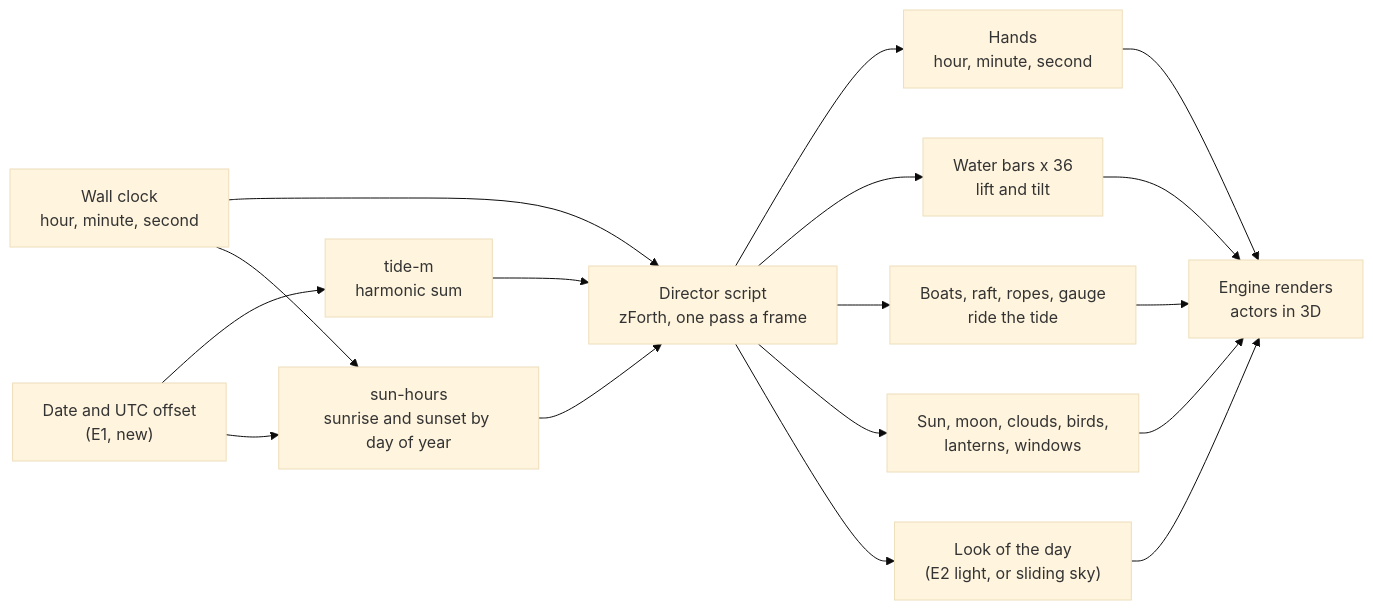
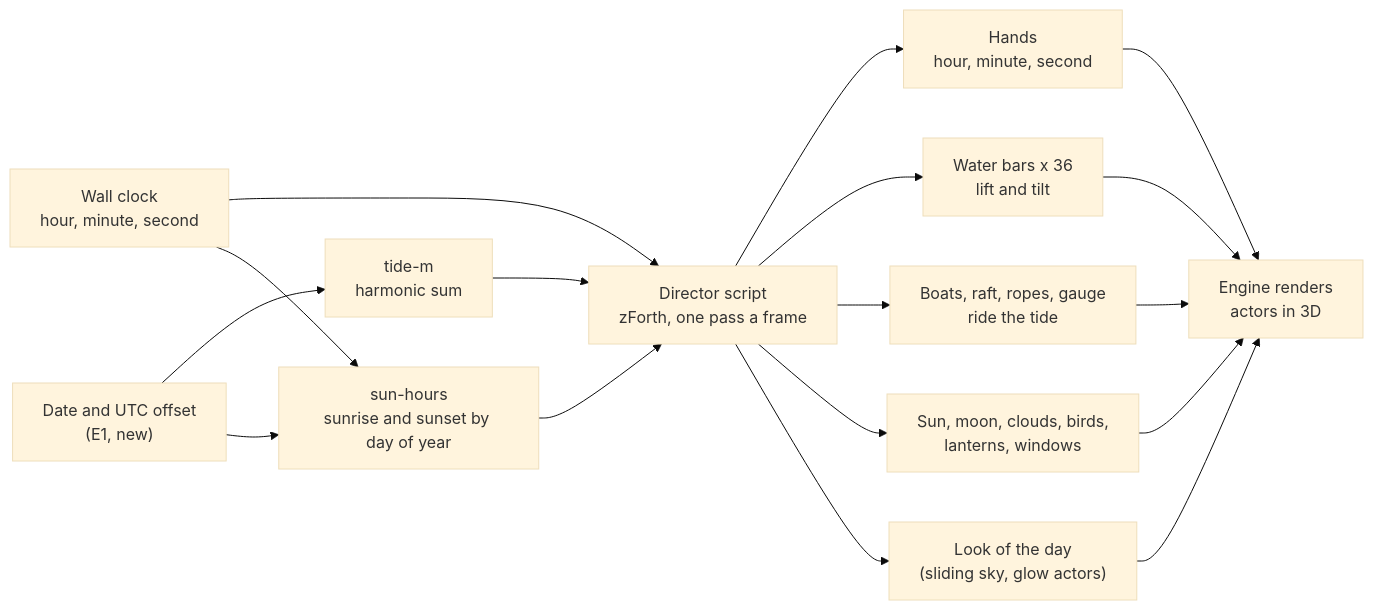
One commit to wbniv/WorldFoundry changed the first of 5 diagrams in docs/plans/2026-11-21-tide-harbour-clock.md. Above: the diagram before and after it, drawn with Mermaid (base theme). The commit also changed other lines of this file and 2 other files, not shown here.

First line of the commit message:
Tide Harbour plan: E1 date mailbox approved; runtime light control deferred to TODO

````diff
--- a/docs/plans/2026-11-21-tide-harbour-clock.md
+++ b/docs/plans/2026-11-21-tide-harbour-clock.md
@@ -59,15 +59,15 @@
 ```mermaid
 flowchart LR
     W["Wall clock<br/>hour, minute, second"] --> D
     DT["Date and UTC offset<br/>(E1, new)"] --> T["tide-m<br/>harmonic sum"]
     DT --> S["sun-hours<br/>sunrise and sunset by day of year"]
     T --> D["Director script<br/>zForth, one pass a frame"]
     S --> D
     W --> S
     D --> P1["Hands<br/>hour, minute, second"]
     D --> P2["Water bars x 36<br/>lift and tilt"]
     D --> P3["Boats, raft, ropes, gauge<br/>ride the tide"]
     D --> P4["Sun, moon, clouds, birds,<br/>lanterns, windows"]
-    D --> P5["Look of the day<br/>(E2 light, or sliding sky)"]
+    D --> P5["Look of the day<br/>(sliding sky, glow actors)"]
     P1 & P2 & P3 & P4 & P5 --> R["Engine renders<br/>actors in 3D"]
 ```
````
